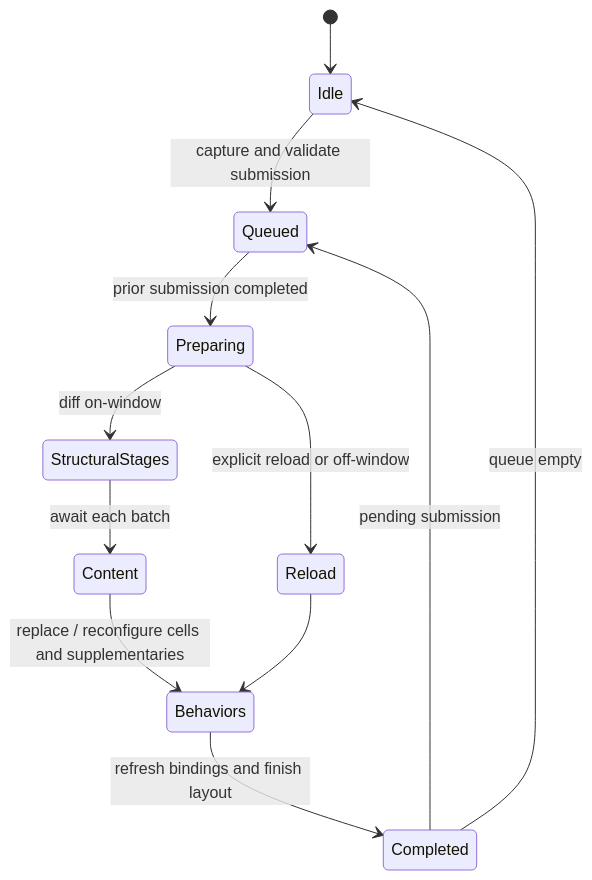
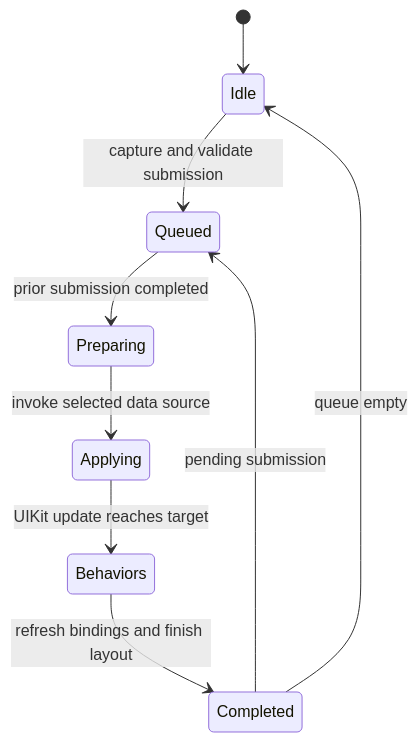
Before and after one commit to Weixi779/Parade: the fifth of 5 diagrams in Docs/Architecture.md, drawn with Mermaid. The commit also changed other lines of this file and 37 other files, not shown here.

First line of the commit message:
feat(data-source): make collection updates injectable

````diff
--- a/Docs/Architecture.md
+++ b/Docs/Architecture.md
@@ -204,14 +288,11 @@
 ```mermaid
 stateDiagram-v2
     [*] --> Idle
     Idle --> Queued: capture and validate submission
     Queued --> Preparing: prior submission completed
-    Preparing --> StructuralStages: diff on-window
-    Preparing --> Reload: explicit reload or off-window
-    StructuralStages --> Content: await each batch
-    Content --> Behaviors: replace / reconfigure cells and supplementaries
-    Reload --> Behaviors
+    Preparing --> Applying: invoke selected data source
+    Applying --> Behaviors: UIKit update reaches target
     Behaviors --> Completed: refresh bindings and finish layout
     Completed --> Queued: pending submission
     Completed --> Idle: queue empty
 ```
````
